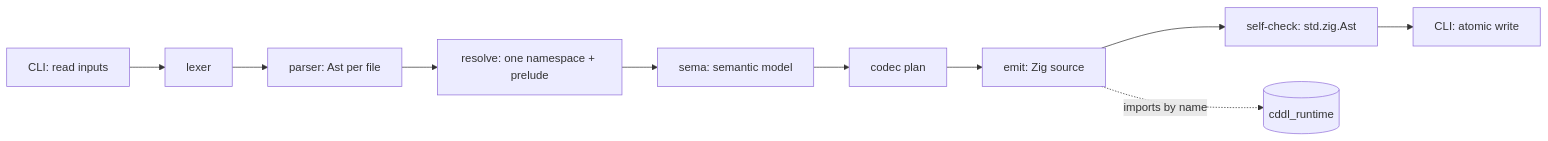
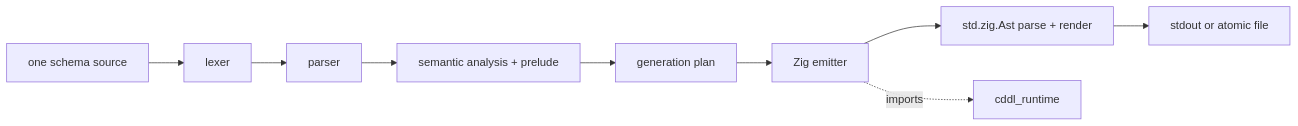
One commit to Mewski/cddl-zig changed the diagram in docs/architecture.md. Above: the diagram before and after it, drawn with Mermaid. The commit also changed other lines of this file and 3 other files, not shown here.

````diff
--- a/docs/architecture.md
+++ b/docs/architecture.md
@@ -29,12 +17,11 @@
 ```mermaid
 flowchart LR
-  F[CLI: read inputs] --> L[lexer]
-  L --> P[parser: Ast per file]
-  P --> R[resolve: one namespace + prelude]
-  R --> S[sema: semantic model]
-  S --> C[codec plan]
-  C --> E[emit: Zig source]
-  E --> V[self-check: std.zig.Ast]
-  V --> W[CLI: atomic write]
-  E -. "imports by name" .-> RT[(cddl_runtime)]
+  I[one schema source] --> L[lexer]
+  L --> P[parser]
+  P --> S[semantic analysis + prelude]
+  S --> G[generation plan]
+  G --> E[Zig emitter]
+  E --> A[std.zig.Ast parse + render]
+  A --> O[stdout or atomic file]
+  E -. imports .-> R[cddl_runtime]
 ```
````
